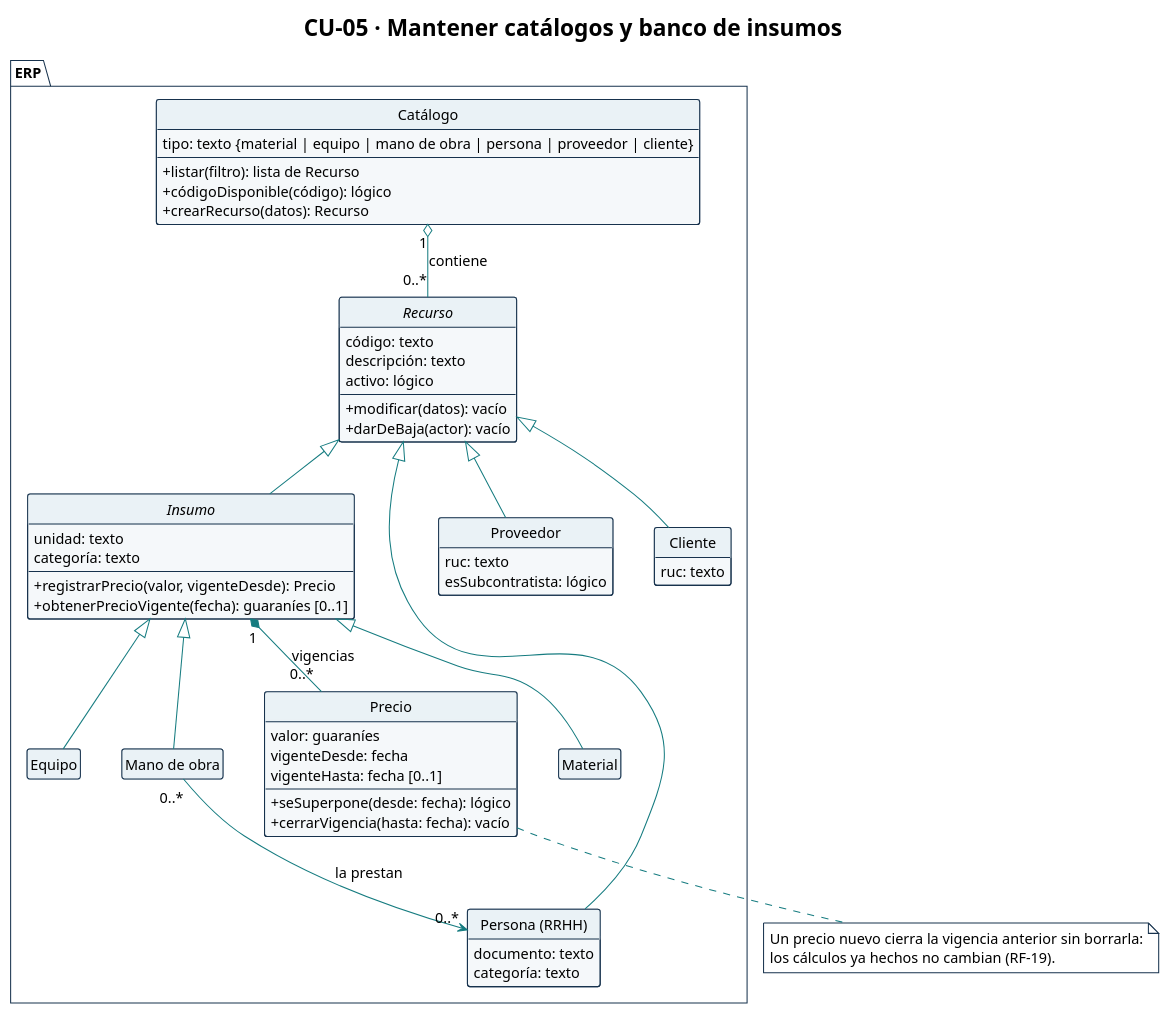
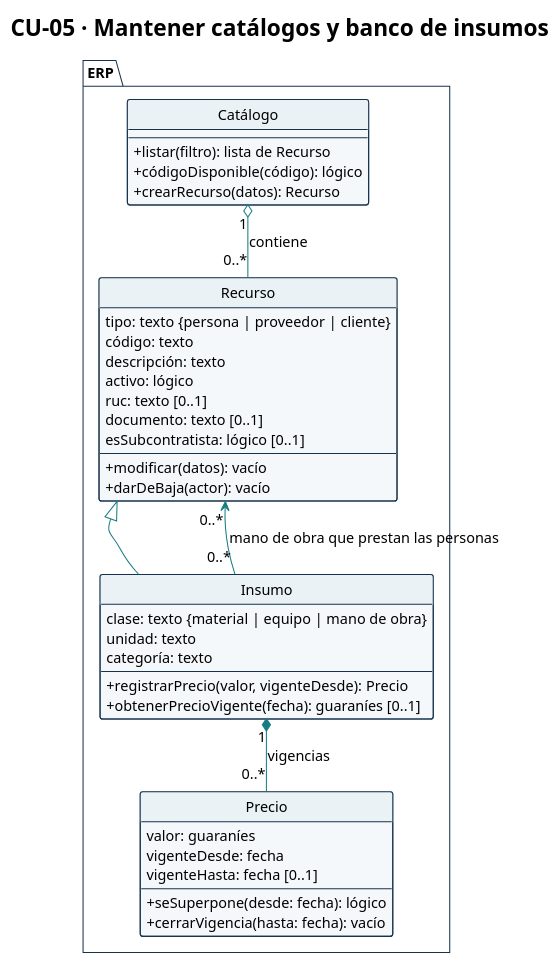
Before and after one commit to Ssrrb/tpf-uca: the diagram in diagramas/CU-05-clases.puml, drawn with PlantUML. The commit also changed 9 other files, not shown here.

```diff
--- a/diagramas/CU-05-clases.puml
+++ b/diagramas/CU-05-clases.puml
@@ -1,98 +1,72 @@
 @startuml
 !theme plain
 skinparam style strictuml
 title CU-05 · Mantener catálogos y banco de insumos
 hide circle
 hide empty methods
 hide empty fields
 skinparam shadowing false
 skinparam classAttributeIconSize 0
 skinparam defaultFontName Arial
 skinparam defaultFontSize 14
 skinparam nodesep 40
 skinparam ranksep 50
 skinparam ArrowColor #167C80
 skinparam class {
   BackgroundColor #F5F8FA
   BorderColor #17324D
   HeaderBackgroundColor #EAF2F6
 }
 skinparam package {
   BackgroundColor #FFFFFF
   BorderColor #17324D
 }
 skinparam note {
   BackgroundColor #FFFFFF
   BorderColor #17324D
 }
 package "ERP" {
   class "Catálogo" as Catalogo {
-    tipo: texto {material | equipo | mano de obra | persona | proveedor | cliente}
     --
     + listar(filtro): lista de Recurso
     + códigoDisponible(código): lógico
     + crearRecurso(datos): Recurso
   }
 
-  abstract class Recurso {
+  class Recurso {
+    tipo: texto {persona | proveedor | cliente}
     código: texto
     descripción: texto
     activo: lógico
+    ruc: texto [0..1]
+    documento: texto [0..1]
+    esSubcontratista: lógico [0..1]
     --
     + modificar(datos): vacío
     + darDeBaja(actor): vacío
   }
 
-  abstract class Insumo {
+  class Insumo {
+    clase: texto {material | equipo | mano de obra}
     unidad: texto
     categoría: texto
     --
     + registrarPrecio(valor, vigenteDesde): Precio
     + obtenerPrecioVigente(fecha): guaraníes [0..1]
-  }
-
-  class Material
-  class Equipo
-  class "Mano de obra" as ManoDeObra
-
-  class "Persona (RRHH)" as Persona {
-    documento: texto
-    categoría: texto
-  }
-
-  class Proveedor {
-    ruc: texto
-    esSubcontratista: lógico
-  }
-
-  class Cliente {
-    ruc: texto
   }
 
   class Precio {
     valor: guaraníes
     vigenteDesde: fecha
     vigenteHasta: fecha [0..1]
     --
     + seSuperpone(desde: fecha): lógico
     + cerrarVigencia(hasta: fecha): vacío
   }
 }
 
 Recurso <|-- Insumo
-Insumo <|-- Material
-Insumo <|-- Equipo
-Insumo <|-- ManoDeObra
-Recurso <|-- Persona
-Recurso <|-- Proveedor
-Recurso <|-- Cliente
 Catalogo "1" o-- "0..*" Recurso : contiene
 Insumo "1" *-- "0..*" Precio : vigencias
-ManoDeObra "0..*" --> "0..*" Persona : la prestan
-
-note bottom of Precio
-  Un precio nuevo cierra la vigencia anterior sin borrarla:
-  los cálculos ya hechos no cambian (RF-19).
-end note
-
+Insumo "0..*" --> "0..*" Recurso : mano de obra que prestan las personas
 @enduml
```
